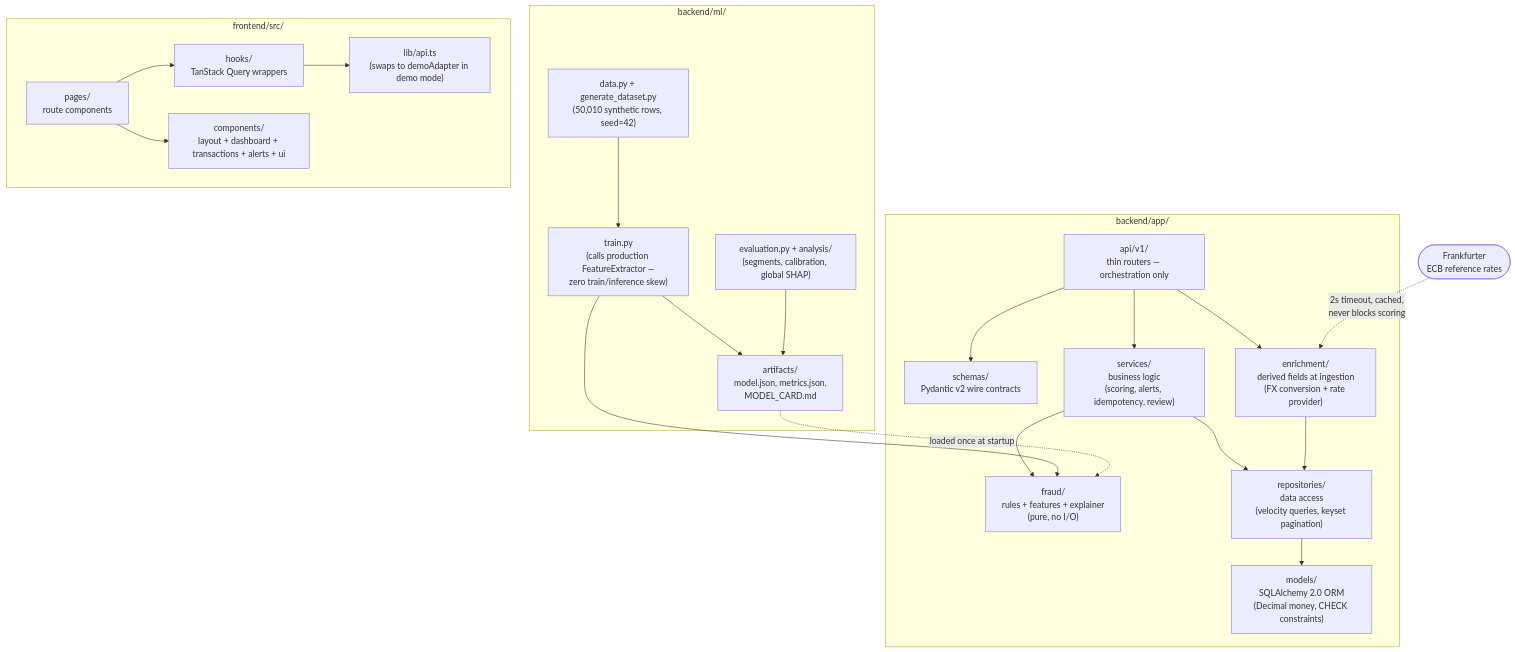
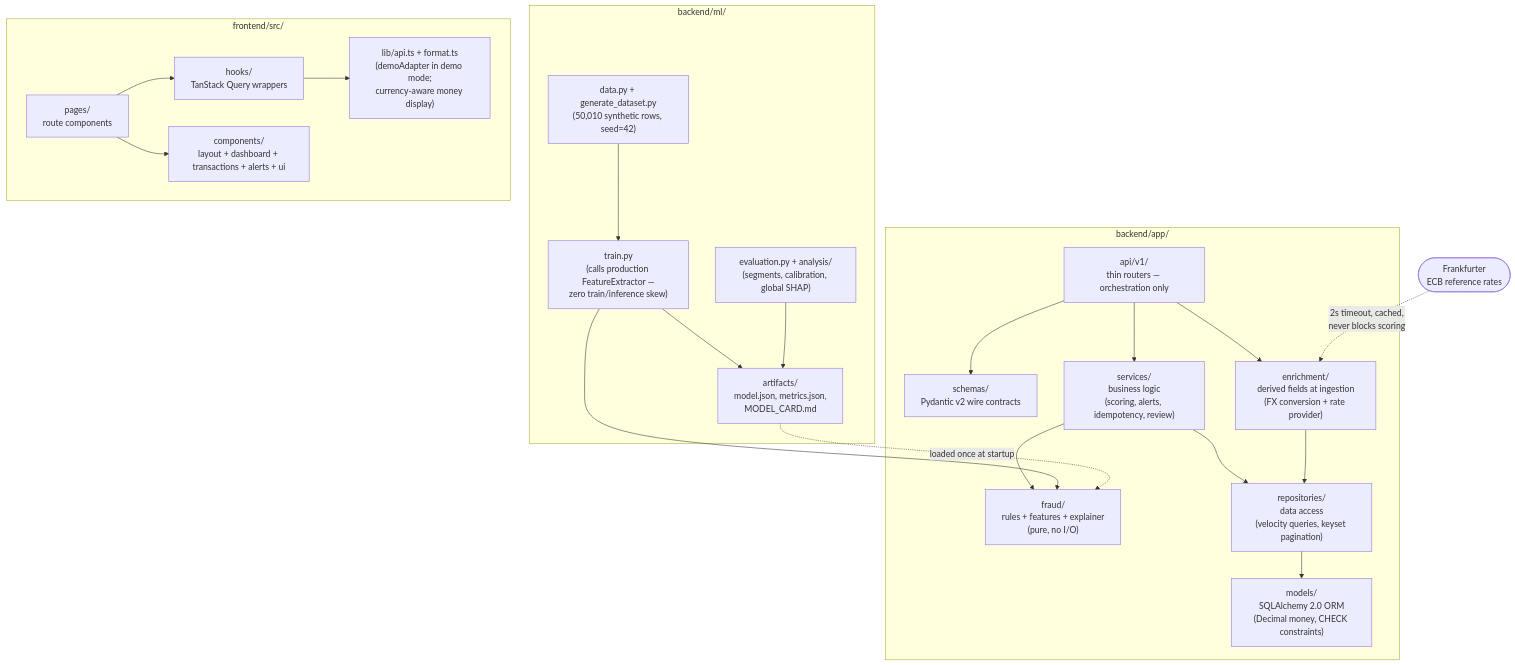
The fifth of 5 diagrams in docs/ARCHITECTURE.md (apoorvrajdev/fraud-radar), drawn with Mermaid before and after one commit. The commit also changed other lines of this file and 3 other files, not shown here.

````diff
--- a/docs/ARCHITECTURE.md
+++ b/docs/ARCHITECTURE.md
@@ -175,45 +180,45 @@
 ```mermaid
 flowchart TD
     subgraph Backend["backend/app/"]
         ROUTERS["api/v1/<br/>thin routers — orchestration only"]
         SCHEMAS["schemas/<br/>Pydantic v2 wire contracts"]
         SERVICES["services/<br/>business logic<br/>(scoring, alerts, idempotency, review)"]
         ENRICH["enrichment/<br/>derived fields at ingestion<br/>(FX conversion + rate provider)"]
         FRAUD["fraud/<br/>rules + features + explainer<br/>(pure, no I/O)"]
         REPOS["repositories/<br/>data access<br/>(velocity queries, keyset pagination)"]
         MODELS["models/<br/>SQLAlchemy 2.0 ORM<br/>(Decimal money, CHECK constraints)"]
     end
 
     subgraph ML["backend/ml/"]
         DATA["data.py + generate_dataset.py<br/>(50,010 synthetic rows, seed=42)"]
         TRAIN["train.py<br/>(calls production FeatureExtractor —<br/>zero train/inference skew)"]
         EVAL["evaluation.py + analysis/<br/>(segments, calibration, global SHAP)"]
         ART["artifacts/<br/>model.json, metrics.json,<br/>MODEL_CARD.md"]
     end
 
     subgraph Frontend["frontend/src/"]
         PAGES["pages/<br/>route components"]
         HOOKS["hooks/<br/>TanStack Query wrappers"]
-        LIB["lib/api.ts<br/>(swaps to demoAdapter in demo mode)"]
+        LIB["lib/api.ts + format.ts<br/>(demoAdapter in demo mode;<br/>currency-aware money display)"]
         COMP["components/<br/>layout + dashboard + transactions + alerts + ui"]
     end
 
     ROUTERS --> SERVICES
     ROUTERS --> SCHEMAS
     ROUTERS --> ENRICH
     SERVICES --> FRAUD
     SERVICES --> REPOS
     ENRICH --> REPOS
     REPOS --> MODELS
 
     FX(["Frankfurter<br/>ECB reference rates"]) -.->|"2s timeout, cached,<br/>never blocks scoring"| ENRICH
     DATA --> TRAIN
     TRAIN --> FRAUD
     TRAIN --> ART
     EVAL --> ART
     PAGES --> HOOKS
     HOOKS --> LIB
     PAGES --> COMP
 
     ART -.->|"loaded once at startup"| FRAUD
 ```
````
